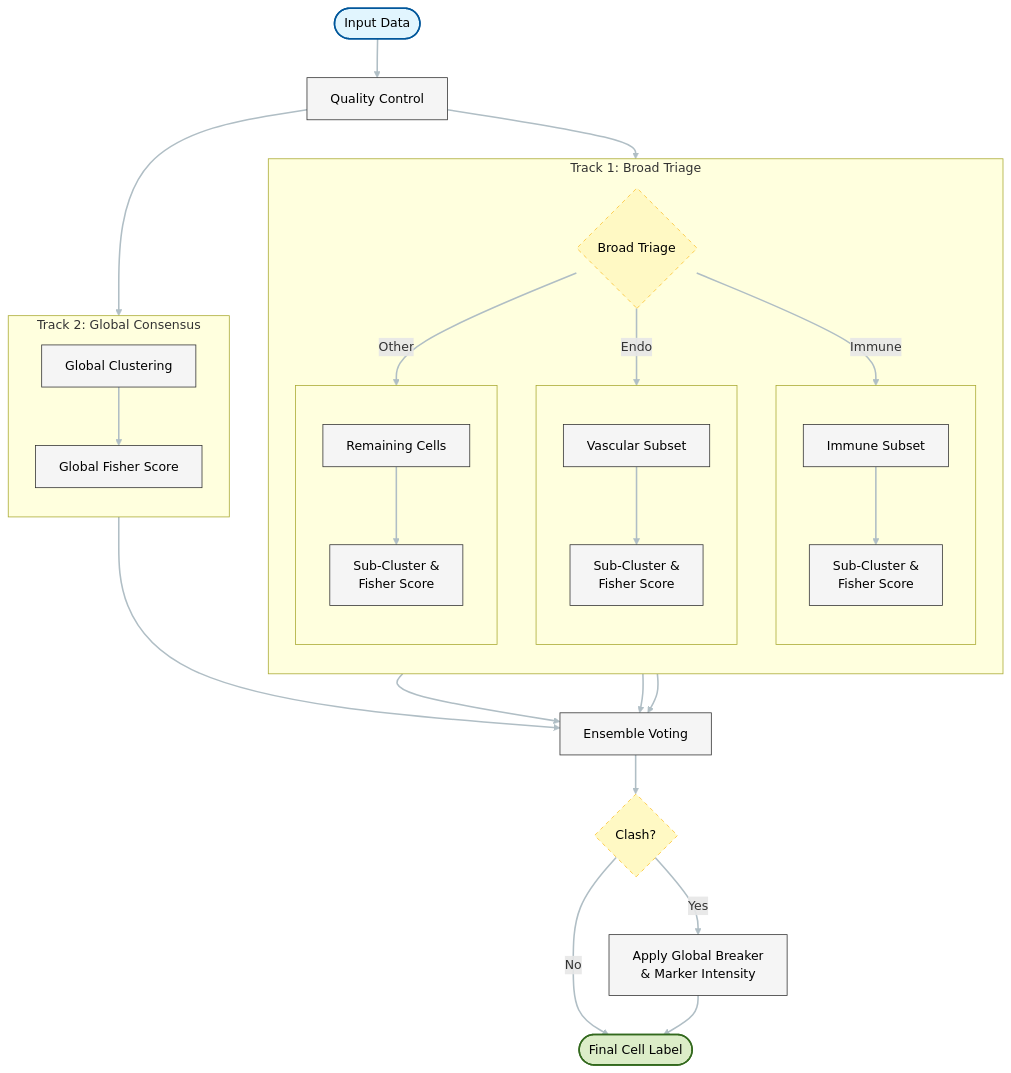
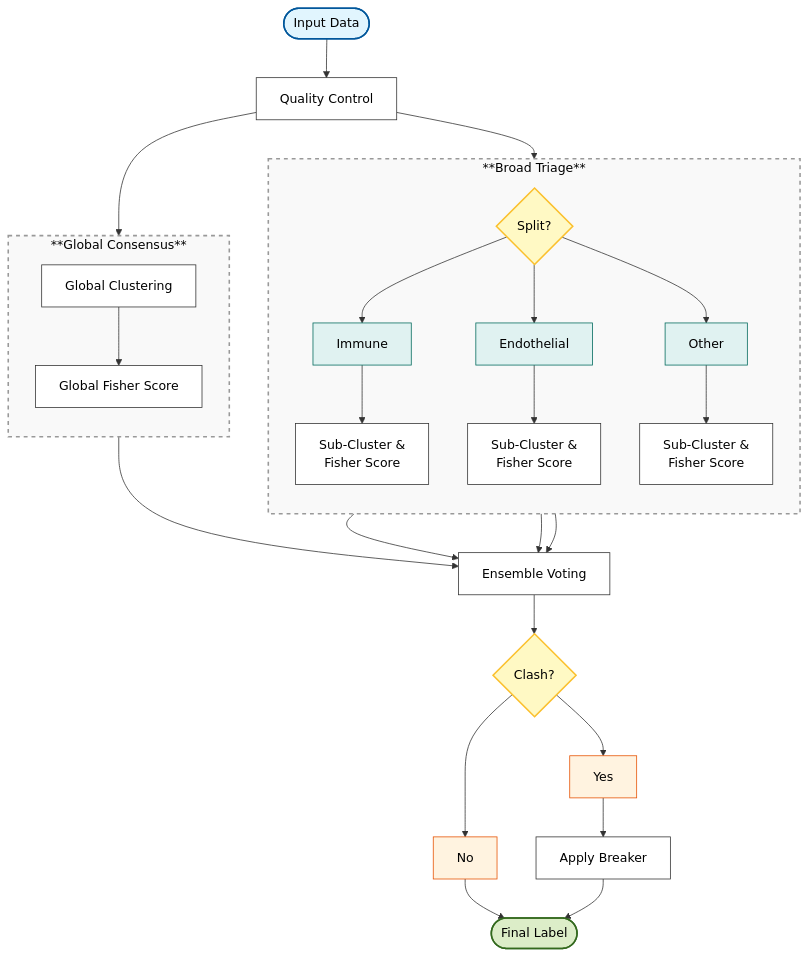
Before and after one commit to ajxa/CellVoteR: the diagram in README.md, drawn with Mermaid.

Commit message:
updated the workflow diagram

````diff
--- a/README.md
+++ b/README.md
@@ -36,67 +36,70 @@
 ```mermaid
 graph TD
-    %% --- Node Definitions ---
-    Input([Input Data]):::start
-    QC[Quality Control]:::proc
-    
-    %% Track 1: Triage
-    subgraph T1 [Track 1: Broad Triage]
+    %% --- Node Styling ---
+    classDef default fill:#ffffff,stroke:#333,stroke-width:1px,color:#000
+    classDef start fill:#e1f5fe,stroke:#01579b,stroke-width:2px,color:#000
+    classDef track fill:#f9f9f9,stroke:#999,stroke-width:2px,stroke-dasharray: 5 5,color:#000
+    classDef decision fill:#fff9c4,stroke:#fbc02d,stroke-width:2px,color:#000
+    classDef group fill:#e0f2f1,stroke:#00695c,stroke-width:1px,color:#000
+    classDef logic fill:#fff3e0,stroke:#e65100,stroke-width:1px,color:#000
+    classDef endnode fill:#dcedc8,stroke:#33691e,stroke-width:2px,color:#000
+
+    %% --- Input & QC ---
+    Input([Input Data]):::start --> QC[Quality Control]
+
+    %% --- TRACK 1: Triage ---
+    subgraph T1 [**Broad Triage**]
         direction TB
-        Triage{Broad Triage}:::decision
+        Split{Split?}:::decision
         
-        %% Paths
-        subgraph P1 [ ]
-            direction TB
-            PathA[Immune Subset]:::proc
-            SubA[Sub-Cluster &<br/>Fisher Score]:::proc
-        end
+        %% Group Nodes (The "Boxes" you requested)
+        GrpImm[Immune]:::group
+        GrpEndo[Endothelial]:::group
+        GrpOth[Other]:::group
         
-        subgraph P2 [ ]
-            direction TB
-            PathB[Vascular Subset]:::proc
-            SubB[Sub-Cluster &<br/>Fisher Score]:::proc
-        end
+        Split --> GrpImm
+        Split --> GrpEndo
+        Split --> GrpOth
         
-        subgraph P3 [ ]
-            direction TB
-            PathC[Remaining Cells]:::proc
-            SubC[Sub-Cluster &<br/>Fisher Score]:::proc
-        end
+        %% Processing
+        SubA[Sub-Cluster &<br/>Fisher Score]
+        SubB[Sub-Cluster &<br/>Fisher Score]
+        SubC[Sub-Cluster &<br/>Fisher Score]
+        
+        GrpImm --> SubA
+        GrpEndo --> SubB
+        GrpOth --> SubC
     end
 
-    %% Track 2: Global
-    subgraph T2 [Track 2: Global Consensus]
+    %% --- TRACK 2: Global ---
+    subgraph T2 [**Global Consensus**]
         direction TB
-        Global[Global Clustering]:::proc
-        ScoreG[Global Fisher Score]:::proc
+        Global[Global Clustering]
+        ScoreG[Global Fisher Score]
+        Global --> ScoreG
     end
 
-    %% --- Logic Flow ---
-    Input --> QC
-    QC --> Triage
+    %% --- Main Flow Connections ---
+    QC --> Split
     QC --> Global
+
+    %% --- Ensemble & Resolution ---
+    SubA & SubB & SubC --> Vote[Ensemble Voting]
+    ScoreG --> Vote
+
+    Vote --> Resolve{Clash?}:::decision
     
-    Triage -- Immune --> PathA --> SubA
-    Triage -- Endo --> PathB --> SubB
-    Triage -- Other --> PathC --> SubC
+    %% Outcome Nodes (The "Yes/No" Boxes)
+    Yes[Yes]:::logic
+    No[No]:::logic
     
-    Global --> ScoreG
+    Resolve --> Yes
+    Resolve --> No
     
-    %% --- Voting & Resolution ---
-    SubA & SubB & SubC --> Vote[Ensemble Voting]:::proc
-    ScoreG --> Vote
-    
-    Vote --> Resolve{Clash?}:::decision
-    Resolve -- Yes --> TieBreak[Apply Global Breaker<br/>& Marker Intensity]:::proc
-    Resolve -- No --> Final([Final Cell Label]):::endnode
+    Yes --> TieBreak[Apply Breaker]
+    No --> Final([Final Label]):::endnode
     TieBreak --> Final
 
-    %% --- Styling ---
-    %% Theme-Neutral Colors: Light fills with black text ensure readability in Dark Mode
-    classDef start fill:#e1f5fe,stroke:#01579b,stroke-width:2px,color:#000
-    classDef proc fill:#f5f5f5,stroke:#333,stroke-width:1px,color:#000
-    classDef decision fill:#fff9c4,stroke:#fbc02d,stroke-width:1px,stroke-dasharray: 5 5,color:#000
-    classDef endnode fill:#dcedc8,stroke:#33691e,stroke-width:2px,color:#000
-    
-    linkStyle default stroke:#b0bec5,stroke-width:2px
+    %% Apply Track Styles
+    class T1,T2 track
 ```
````
